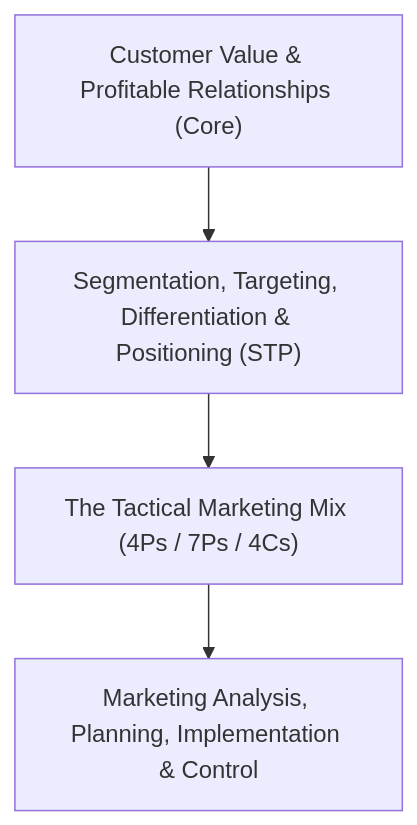
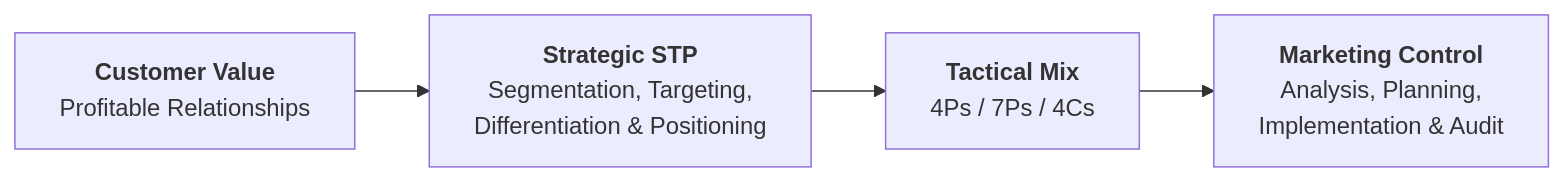
Before and after one commit to egxl/MBA: the ninth of 11 diagrams in content/courses/mk3-marketing-management/week-01/index.md, drawn with Mermaid. The commit also changed other lines of this file and 317 other files, not shown here.

````diff
--- a/content/courses/mk3-marketing-management/week-01/index.md
+++ b/content/courses/mk3-marketing-management/week-01/index.md
@@ -404,6 +345,4 @@
 ```mermaid
-flowchart TD
-    A["Customer Value & Profitable Relationships (Core)"] --> B["Segmentation, Targeting, Differentiation & Positioning (STP)"]
-    B --> C["The Tactical Marketing Mix (4Ps / 7Ps / 4Cs)"]
-    C --> D["Marketing Analysis, Planning, Implementation & Control"]
+flowchart LR
+    A["<b>Customer Value</b><br/>Profitable Relationships"] --> B["<b>Strategic STP</b><br/>Segmentation, Targeting,<br/>Differentiation & Positioning"] --> C["<b>Tactical Mix</b><br/>4Ps / 7Ps / 4Cs"] --> D["<b>Marketing Control</b><br/>Analysis, Planning,<br/>Implementation & Audit"]
 ```
````
